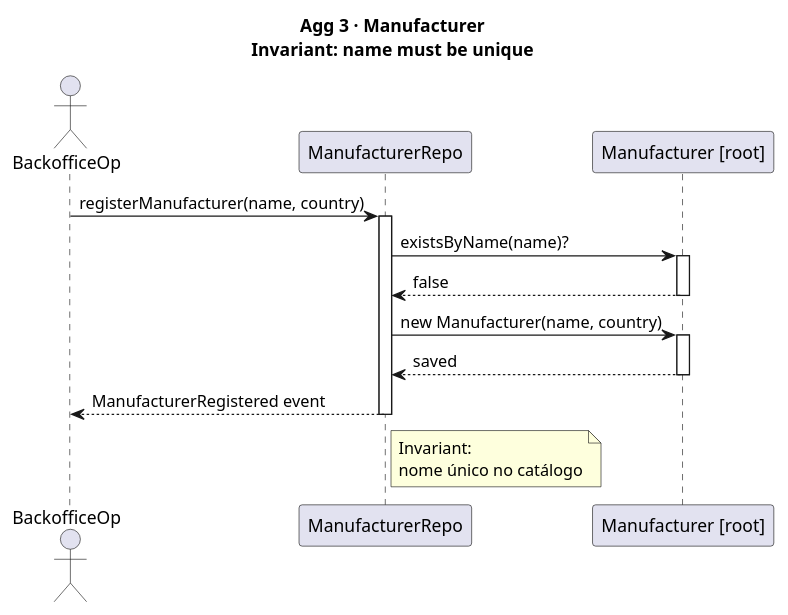
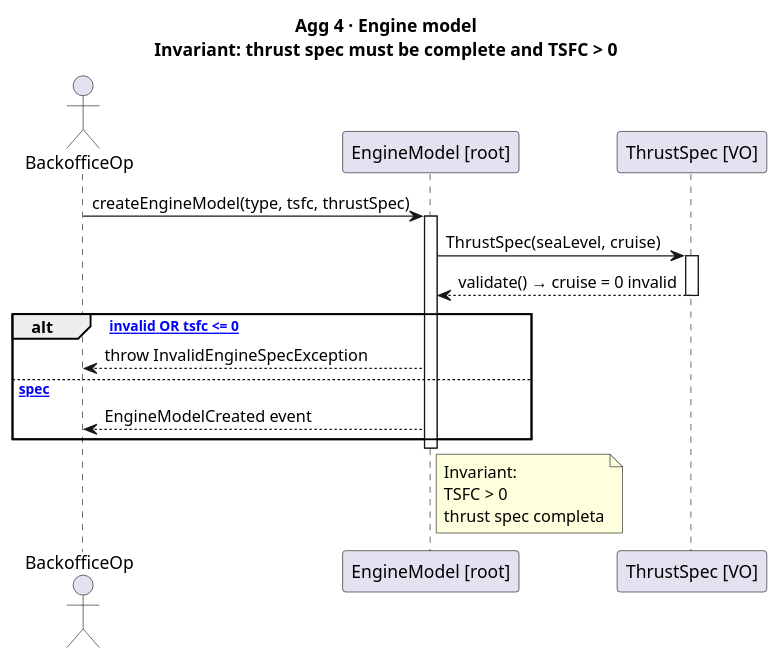
Before and after one commit to DuartePinto1240/sem4pi2526-sem4pi2526_2da2: the diagram in docs/Agg03.puml, drawn with PlantUML. The commit also changed 12 other files, not shown here.

```diff
--- a/docs/Agg03.puml
+++ b/docs/Agg03.puml
@@ -1,29 +1,30 @@
-@startuml US011_Agg03_Manufacturer
-title Agg 3 · Manufacturer\nInvariant: name must be unique
+@startuml US011_Agg04_EngineModel
+title Agg 4 · Engine model\nInvariant: thrust spec must be complete and TSFC > 0
 
 actor "BackofficeOp" as Op
-participant "ManufacturerRepo" as Repo
-participant "Manufacturer [root]" as Mfr
+participant "EngineModel [root]" as EM
+participant "ThrustSpec [VO]" as TS
 
-Op -> Repo : registerManufacturer(name, country)
-activate Repo
+Op -> EM : createEngineModel(type, tsfc, thrustSpec)
+activate EM
 
-Repo -> Mfr : existsByName(name)?
-activate Mfr
-Mfr --> Repo : false
-deactivate Mfr
+EM -> TS : ThrustSpec(seaLevel, cruise)
+activate TS
+TS --> EM : validate() → cruise = 0 invalid
+deactivate TS
 
-Repo -> Mfr : new Manufacturer(name, country)
-activate Mfr
-Mfr --> Repo : saved
-deactivate Mfr
+alt [thrustSpec invalid OR tsfc <= 0]
+    EM --> Op : throw InvalidEngineSpecException
+else [valid spec]
+    EM --> Op : EngineModelCreated event
+end
 
-Repo --> Op : ManufacturerRegistered event
-deactivate Repo
+deactivate EM
 
-note right of Repo
+note right of EM
   Invariant:
-  nome único no catálogo
+  TSFC > 0
+  thrust spec completa
 end note
 
 @enduml
```
